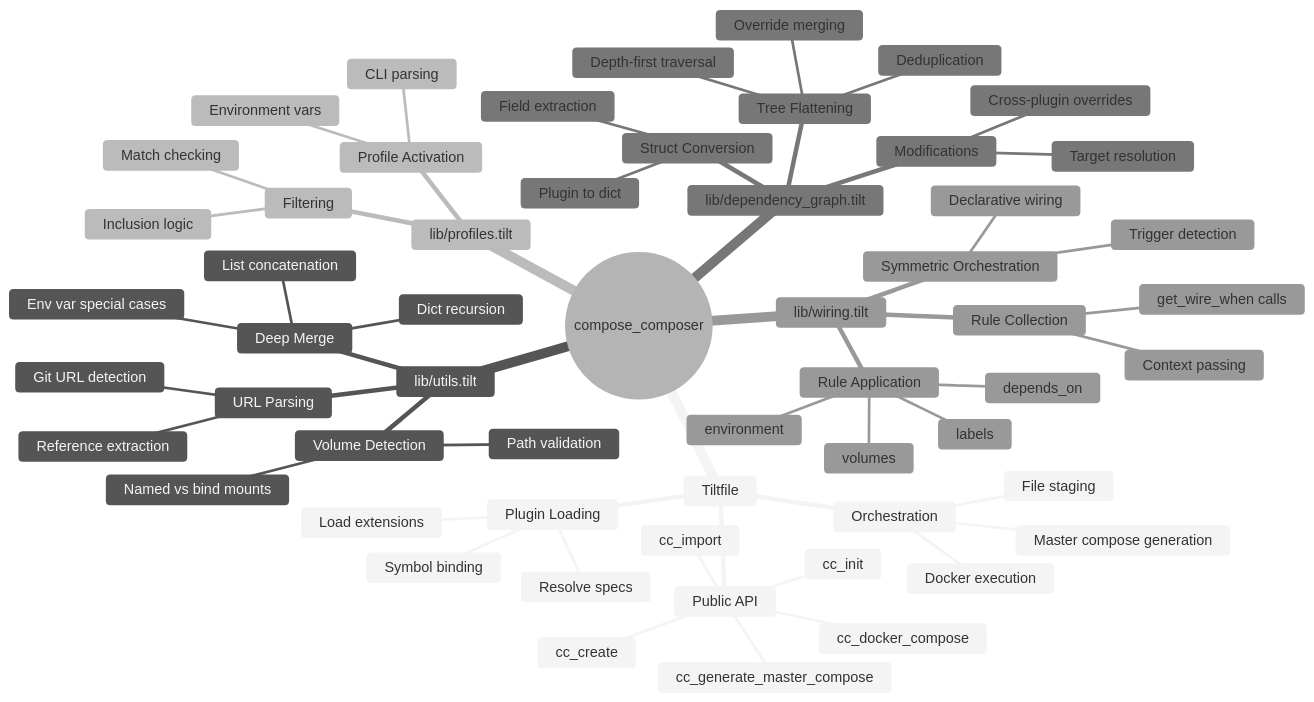
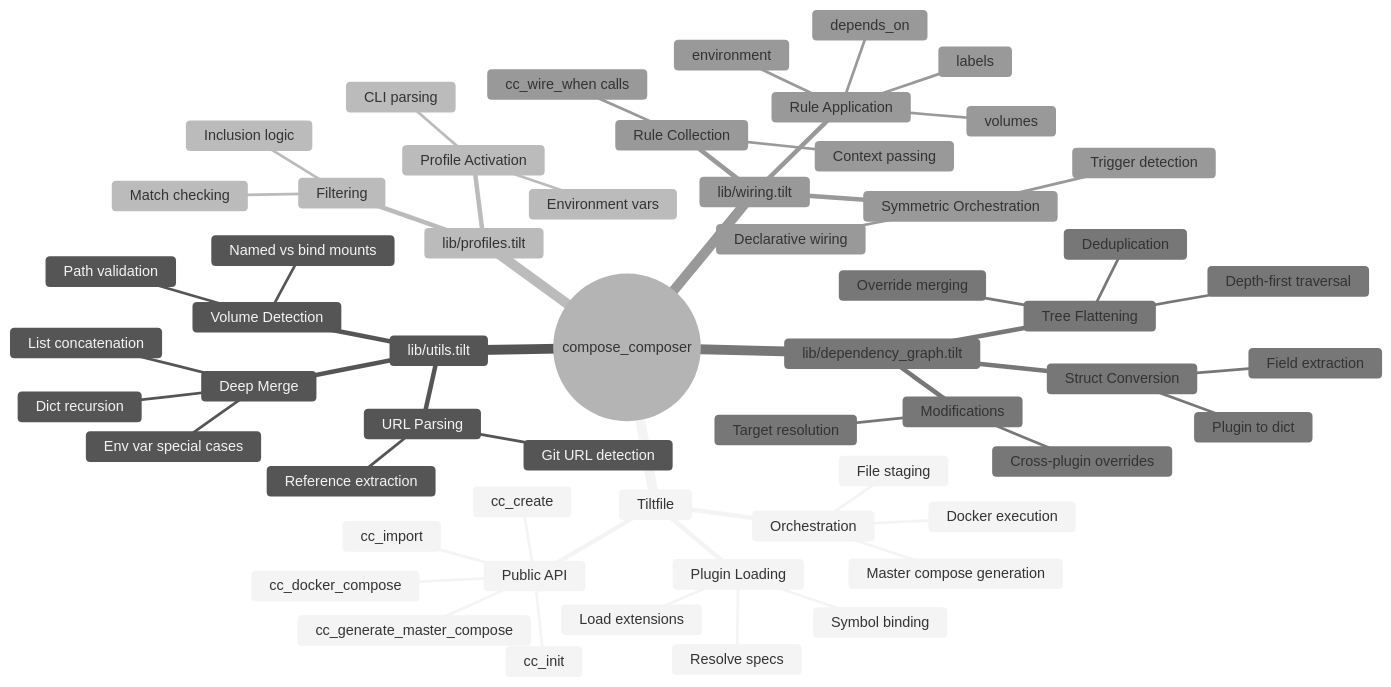
The fourth of 12 diagrams in compose_composer/docs/ARCHITECTURE.md (grafana/tilt-extensions), drawn with Mermaid (neutral theme) before and after one commit. The commit also changed other lines of this file and 9 other files, not shown here.

First line of the commit message:
refactor(compose_composer): Rename get_wire_when to cc_wire_when

````diff
--- a/compose_composer/docs/ARCHITECTURE.md
+++ b/compose_composer/docs/ARCHITECTURE.md
@@ -148,60 +148,60 @@
 ```mermaid
 mindmap
   root((compose_composer))
     Tiltfile
       Public API
         cc_init
         cc_create
         cc_import
         cc_generate_master_compose
         cc_docker_compose
       Plugin Loading
         Resolve specs
         Load extensions
         Symbol binding
       Orchestration
         Master compose generation
         File staging
         Docker execution
     lib/utils.tilt
       Deep Merge
         Dict recursion
         List concatenation
         Env var special cases
       URL Parsing
         Git URL detection
         Reference extraction
       Volume Detection
         Named vs bind mounts
         Path validation
     lib/profiles.tilt
       Profile Activation
         CLI parsing
         Environment vars
       Filtering
         Match checking
         Inclusion logic
     lib/dependency_graph.tilt
       Struct Conversion
         Plugin to dict
         Field extraction
       Tree Flattening
         Depth-first traversal
         Deduplication
         Override merging
       Modifications
         Cross-plugin overrides
         Target resolution
     lib/wiring.tilt
       Rule Collection
-        get_wire_when calls
+        cc_wire_when calls
         Context passing
       Rule Application
         depends_on
         volumes
         environment
         labels
       Symmetric Orchestration
         Declarative wiring
         Trigger detection
 ```
````
